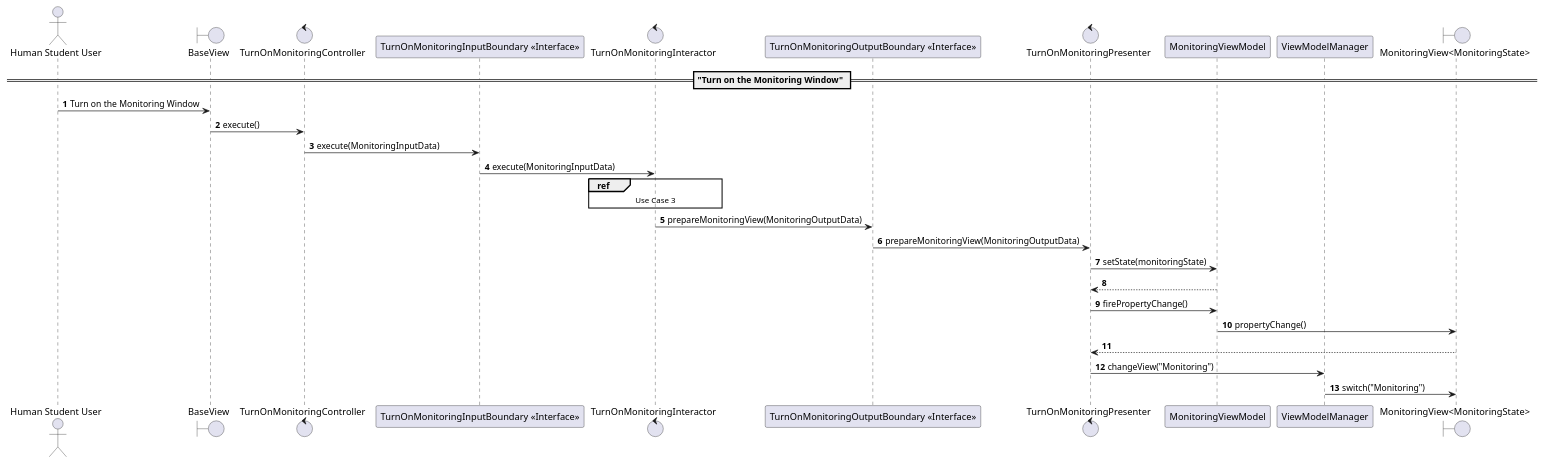
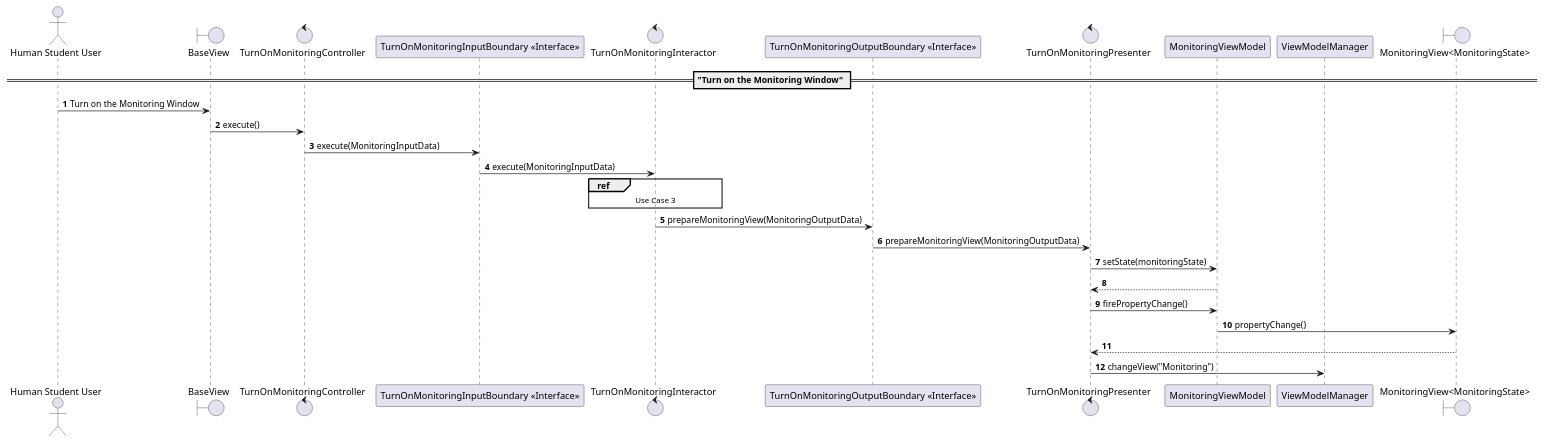
One commit to CSC207-2025F-UofT/team-project changed the diagram in DraftStory4/UseCase4A.puml. Above: the diagram before and after it, drawn with PlantUML. The commit also changed 1 other file, not shown here.

Commit message:
fix use case 4a sequence diagram and update use case 4c sequence diagram

```diff
--- a/DraftStory4/UseCase4A.puml
+++ b/DraftStory4/UseCase4A.puml
@@ -1,35 +1,34 @@
 @startuml
 'https://plantuml.com/sequence-diagram
 
 autonumber
 
 == "Turn on the Monitoring Window" ==
 actor "Human Student User" as humanStudentUser
 boundary "BaseView" as baseView
 control "TurnOnMonitoringController" as turnOnMonitoringController
 participant "TurnOnMonitoringInputBoundary <<Interface>>" as turnOnMonitoringInputBoundary
 control "TurnOnMonitoringInteractor" as turnOnMonitoringInteractor
 participant "TurnOnMonitoringOutputBoundary <<Interface>>" as turnOnMonitoringOutputBoundary
 control "TurnOnMonitoringPresenter" as turnOnMonitoringPresenter
 participant "MonitoringViewModel" as monitoringViewModel
 participant "ViewModelManager" as viewModelManager
 boundary "MonitoringView<MonitoringState>" as monitoringView
 
 humanStudentUser -> baseView: Turn on the Monitoring Window
 baseView -> turnOnMonitoringController: execute()
 turnOnMonitoringController -> turnOnMonitoringInputBoundary: execute(MonitoringInputData)
 turnOnMonitoringInputBoundary -> turnOnMonitoringInteractor: execute(MonitoringInputData)
 
 ref over turnOnMonitoringInteractor: Use Case 3
 
 turnOnMonitoringInteractor -> turnOnMonitoringOutputBoundary: prepareMonitoringView(MonitoringOutputData)
 turnOnMonitoringOutputBoundary -> turnOnMonitoringPresenter: prepareMonitoringView(MonitoringOutputData)
 turnOnMonitoringPresenter -> monitoringViewModel: setState(monitoringState)
 turnOnMonitoringPresenter <-- monitoringViewModel
 turnOnMonitoringPresenter -> monitoringViewModel: firePropertyChange()
 monitoringViewModel -> monitoringView: propertyChange()
 turnOnMonitoringPresenter <-- monitoringView
 turnOnMonitoringPresenter -> viewModelManager: changeView("Monitoring")
-viewModelManager -> monitoringView: switch("Monitoring")
 
 @enduml
```
